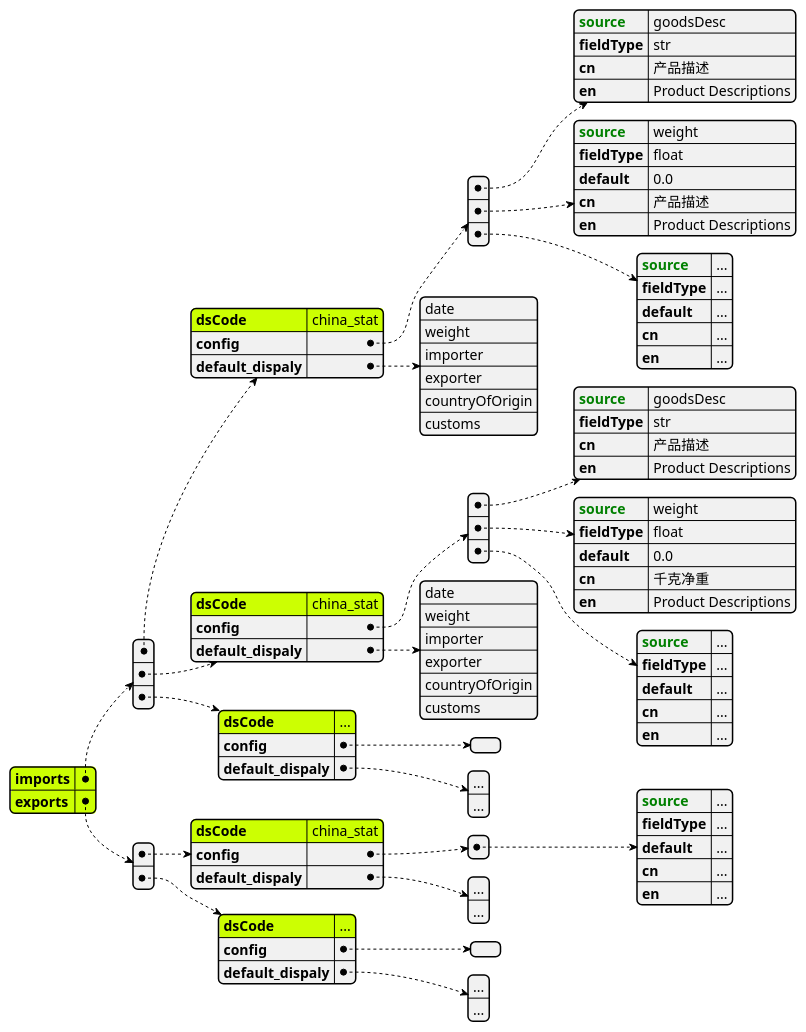
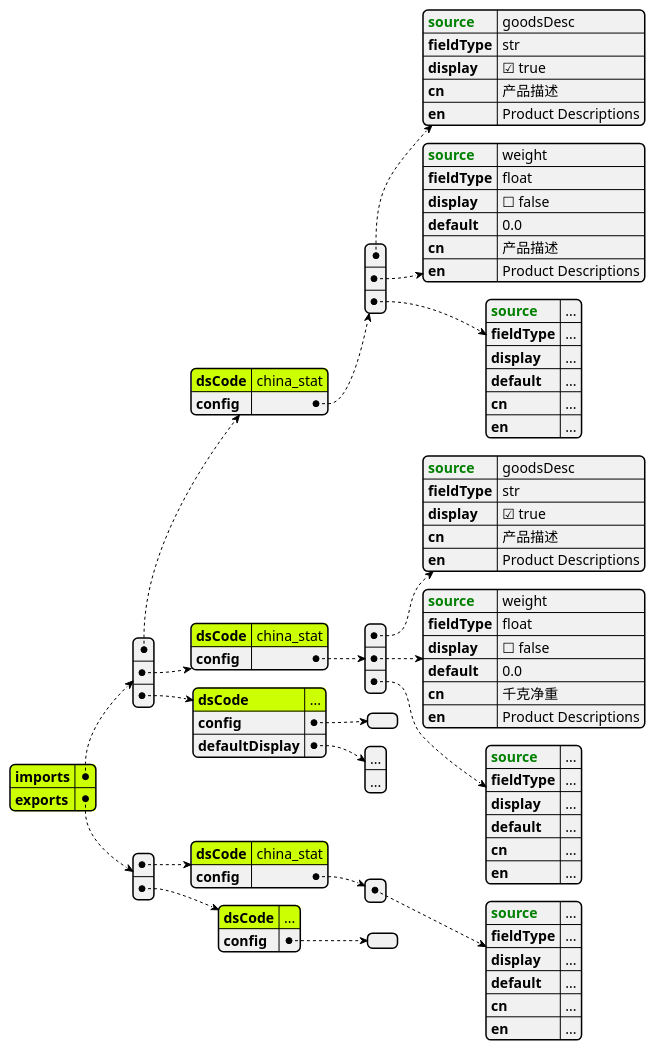
One commit to lwpk110/tendata-assets changed the diagram in plantuml/tradec/query_column.puml. Above: the diagram before and after it, drawn with PlantUML. The commit also changed 1 other file, not shown here.

Commit message:
feat: update "query_column" config

```diff
--- a/plantuml/tradec/query_column.puml
+++ b/plantuml/tradec/query_column.puml
@@ -1,88 +1,91 @@
 @startjson
 #highlight "imports"
 #highlight "imports" / "0" / "dsCode"
 #highlight "imports" / "1" / "dsCode"
 #highlight "imports" / "2" / "dsCode"
 #highlight "exports"
 #highlight "exports" / "0" / "dsCode" 
 #highlight "exports" / "1" / "dsCode" 
 ' #highlight "address" / "city"
 ' #highlight "phoneNumbers" / "0" / "number"
 {
 	"imports": [{
 			"dsCode": "china_stat",
 			"config": [{
 					"<color:green><b>source": "goodsDesc",
 					"fieldType": "str",
+					"display": true,
 					"cn": "产品描述",
 					"en": "Product Descriptions"
 				},
 				{
 					"<color:green><b>source": "weight",
 					"fieldType": "float",
+					"display": false,
 					"default": 0.0,
 					"cn": "产品描述",
 					"en": "Product Descriptions"
 				},
 				{
 					"<color:green><b>source": "...",
 					"fieldType": "...",
+					"display": "...",
 					"default": "...",
 					"cn": "...",
 					"en": "..."
 				}
 
-			],
-			"default_dispaly": ["date", "weight", "importer", "exporter", "countryOfOrigin", "customs"]
+			]
 		},
 		{
 			"dsCode": "china_stat",
 			"config": [{
 					"<color:green><b>source": "goodsDesc",
 					"fieldType": "str",
+					"display": true,
 					"cn": "产品描述",
 					"en": "Product Descriptions"
 				},
 				{
 					"<color:green><b>source": "weight",
 					"fieldType": "float",
+					"display": false,
 					"default": 0.0,
 					"cn": "千克净重",
 					"en": "Product Descriptions"
 				},
 				{
 					"<color:green><b>source": "...",
 					"fieldType": "...",
+					"display": "...",
 					"default": "...",
 					"cn": "...",
 					"en": "..."
 				}
 
-			],
-			"default_dispaly": ["date", "weight", "importer", "exporter", "countryOfOrigin", "customs"]
+			]
 		},
 		{
 			"dsCode": "...",
 			"config": [],
-			"default_dispaly": ["...", "..."]
+			"defaultDisplay": ["...", "..."]
 		}
 	],
 	"exports": [{
 			"dsCode": "china_stat",
 			"config": [{
 				"<color:green><b>source": "...",
 				"fieldType": "...",
+				"display": "...",
 				"default": "...",
 				"cn": "...",
 				"en": "..."
-			}],
-			"default_dispaly": ["...", "..."]
+			}]
 		},
 		{
 			"dsCode": "...",
-			"config": [],
-			"default_dispaly": ["...", "..."]
+			"config": []
 		}
 	]
 }
 @endjson
```
